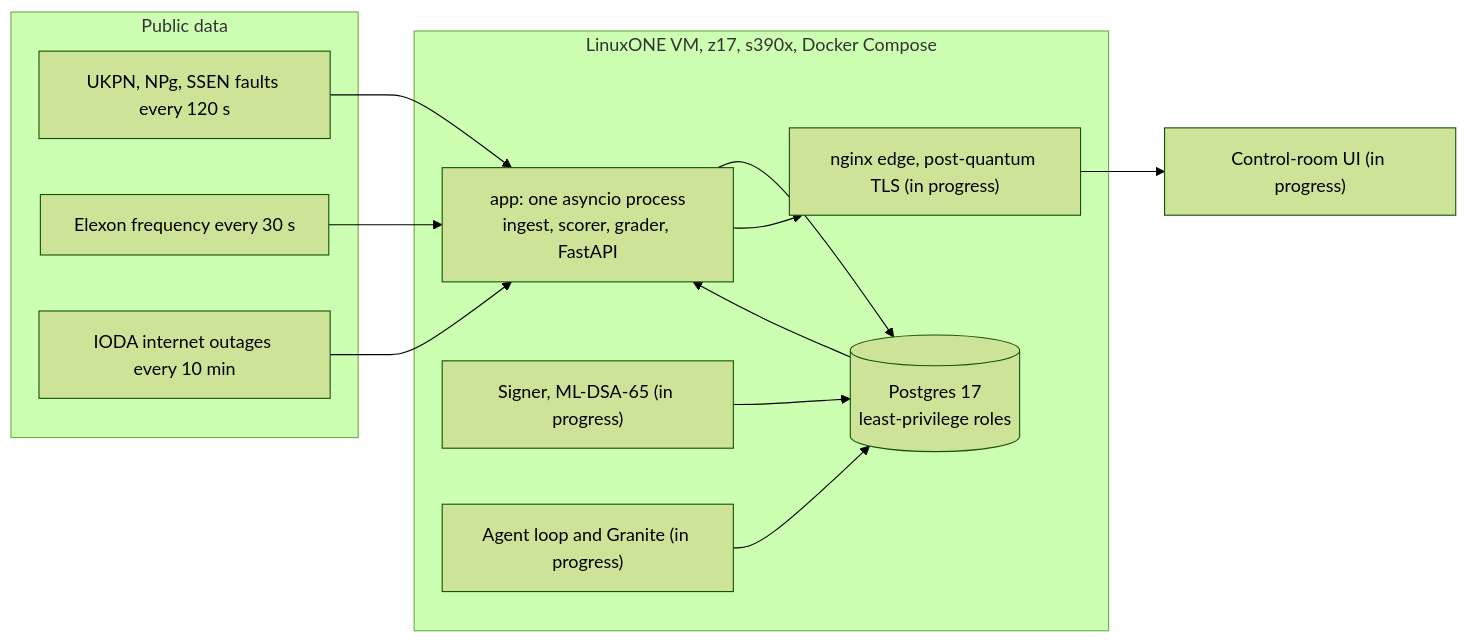
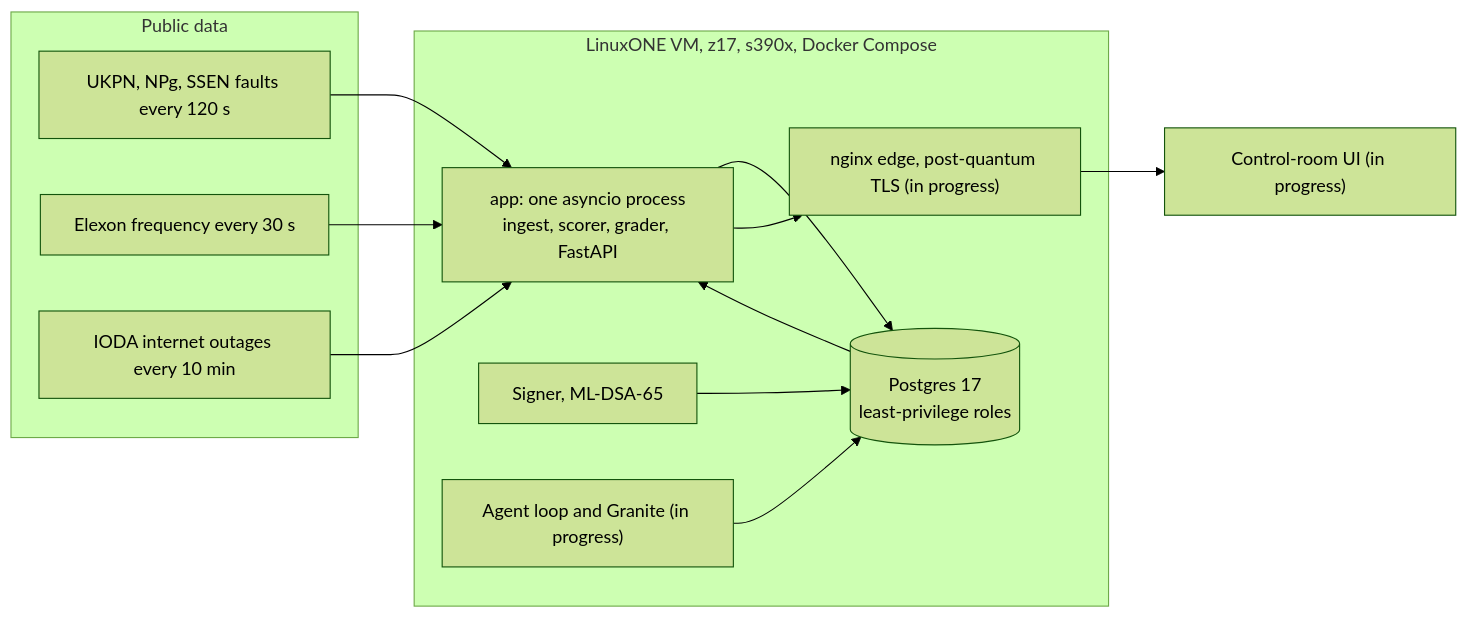
The second of 2 diagrams in README.md (saliha006/BlackNaught), drawn with Mermaid (forest theme) before and after one commit. The commit also changed other lines of this file and 1 other file, not shown here.

````diff
--- a/README.md
+++ b/README.md
@@ -72,25 +72,25 @@
 ```mermaid
 flowchart LR
     subgraph Feeds["Public data"]
         F1["UKPN, NPg, SSEN faults every 120 s"]
         F2["Elexon frequency every 30 s"]
         F3["IODA internet outages every 10 min"]
     end
     subgraph VM["LinuxONE VM, z17, s390x, Docker Compose"]
         APP["app: one asyncio process<br/>ingest, scorer, grader, FastAPI"]
         DB[("Postgres 17<br/>least-privilege roles")]
         EDGE["nginx edge, post-quantum TLS (in progress)"]
-        SIGN["Signer, ML-DSA-65 (in progress)"]
+        SIGN["Signer, ML-DSA-65"]
         AGENT["Agent loop and Granite (in progress)"]
     end
     UI["Control-room UI (in progress)"]
     F1 --> APP
     F2 --> APP
     F3 --> APP
     APP --> DB
     DB --> APP
     AGENT --> DB
     SIGN --> DB
     APP --> EDGE
     EDGE --> UI
 ```
````
